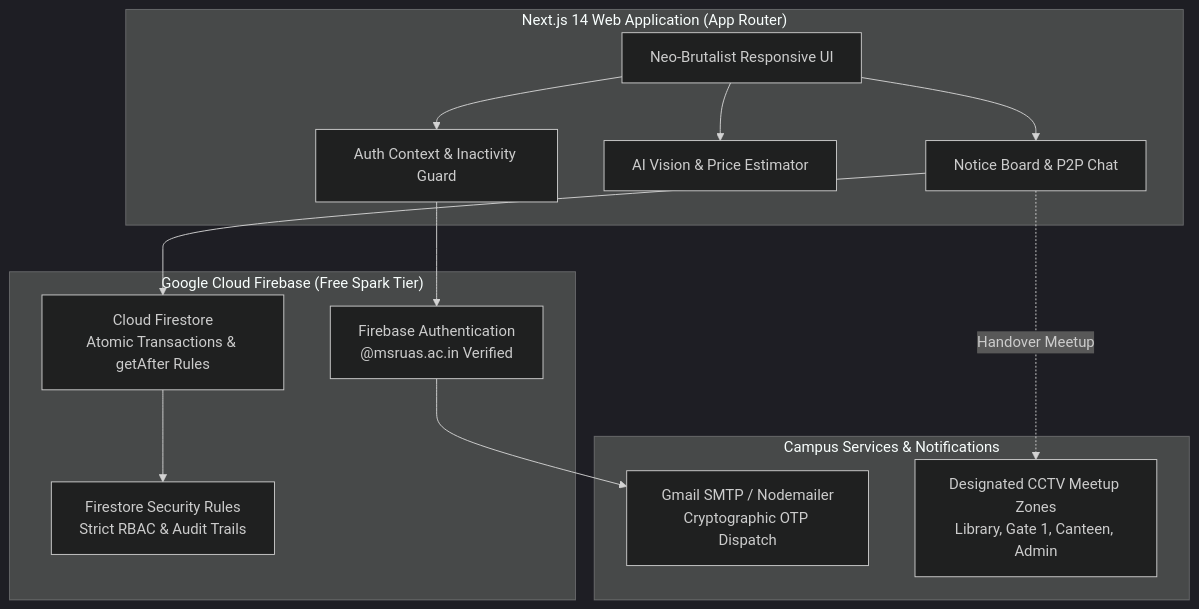
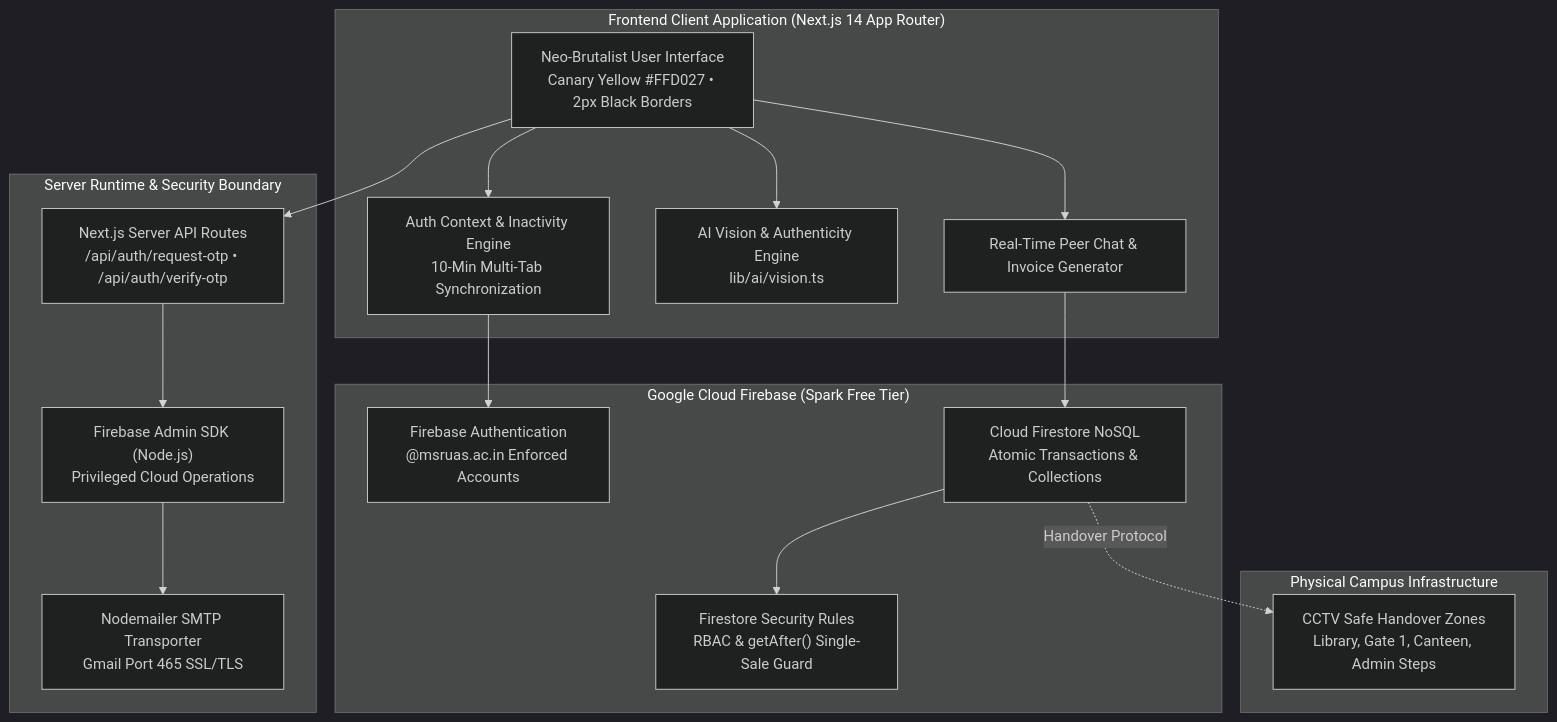
Before and after one commit to Sidharth-007-code/CEM-Individual: the first of 5 diagrams in README.md, drawn with Mermaid (dark theme). The commit also changed other lines of this file, not shown here.

Commit message:
docs: enrich README to Google Senior Dev standards with architecture charts, tech stack table, and feature breakdowns

````diff
--- a/README.md
+++ b/README.md
@@ -73,29 +80,36 @@
 ```mermaid
 flowchart TD
-    subgraph Client["Next.js 14 Web Application (App Router)"]
-        UI[Neo-Brutalist Responsive UI]
-        AuthCtx[Auth Context & Inactivity Guard]
-        AIVision[AI Vision & Price Estimator]
-        NoticeBoard[Notice Board & P2P Chat]
+    subgraph ClientLayer["Frontend Client Application (Next.js 14 App Router)"]
+        UI["Neo-Brutalist User Interface\nCanary Yellow #FFD027 • 2px Black Borders"]
+        AuthCtx["Auth Context & Inactivity Engine\n10-Min Multi-Tab Synchronization"]
+        AIVis["AI Vision & Authenticity Engine\nlib/ai/vision.ts"]
+        P2PChat["Real-Time Peer Chat & Invoice Generator"]
     end
 
-    subgraph Firebase["Google Cloud Firebase (Free Spark Tier)"]
-        Auth[Firebase Authentication\n@msruas.ac.in Verified]
-        Firestore[Cloud Firestore\nAtomic Transactions & getAfter Rules]
-        Rules[Firestore Security Rules\nStrict RBAC & Audit Trails]
+    subgraph ServerLayer["Server Runtime & Security Boundary"]
+        APIRoutes["Next.js Server API Routes\n/api/auth/request-otp • /api/auth/verify-otp"]
+        FirebaseAdmin["Firebase Admin SDK (Node.js)\nPrivileged Cloud Operations"]
+        MailTransporter["Nodemailer SMTP Transporter\nGmail Port 465 SSL/TLS"]
     end
 
-    subgraph External["Campus Services & Notifications"]
-        SMTP[Gmail SMTP / Nodemailer\nCryptographic OTP Dispatch]
-        CCTV[Designated CCTV Meetup Zones\nLibrary, Gate 1, Canteen, Admin]
+    subgraph StorageLayer["Google Cloud Firebase (Spark Free Tier)"]
+        FirebaseAuth["Firebase Authentication\n@msruas.ac.in Enforced Accounts"]
+        CloudFirestore["Cloud Firestore NoSQL\nAtomic Transactions & Collections"]
+        SecurityRules["Firestore Security Rules\nRBAC & getAfter() Single-Sale Guard"]
+    end
+
+    subgraph PhysicalCampus["Physical Campus Infrastructure"]
+        CCTVMeta["CCTV Safe Handover Zones\nLibrary, Gate 1, Canteen, Admin Steps"]
     end
 
     UI --> AuthCtx
-    UI --> AIVision
-    UI --> NoticeBoard
-    AuthCtx --> Auth
-    NoticeBoard --> Firestore
-    Firestore --> Rules
-    Auth --> SMTP
-    NoticeBoard -. Handover Meetup .-> CCTV
+    UI --> AIVis
+    UI --> P2PChat
+    AuthCtx --> FirebaseAuth
+    P2PChat --> CloudFirestore
+    CloudFirestore --> SecurityRules
+    UI --> APIRoutes
+    APIRoutes --> FirebaseAdmin
+    FirebaseAdmin --> MailTransporter
+    CloudFirestore -. Handover Protocol .-> CCTVMeta
 ```
````
